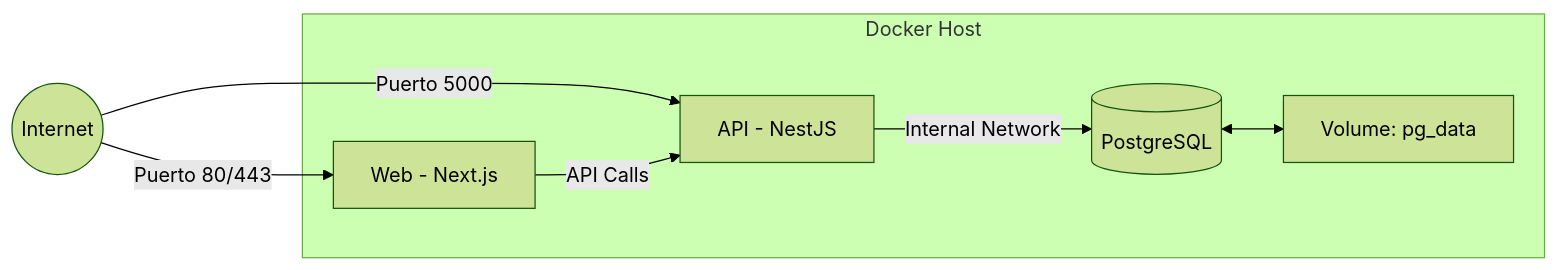
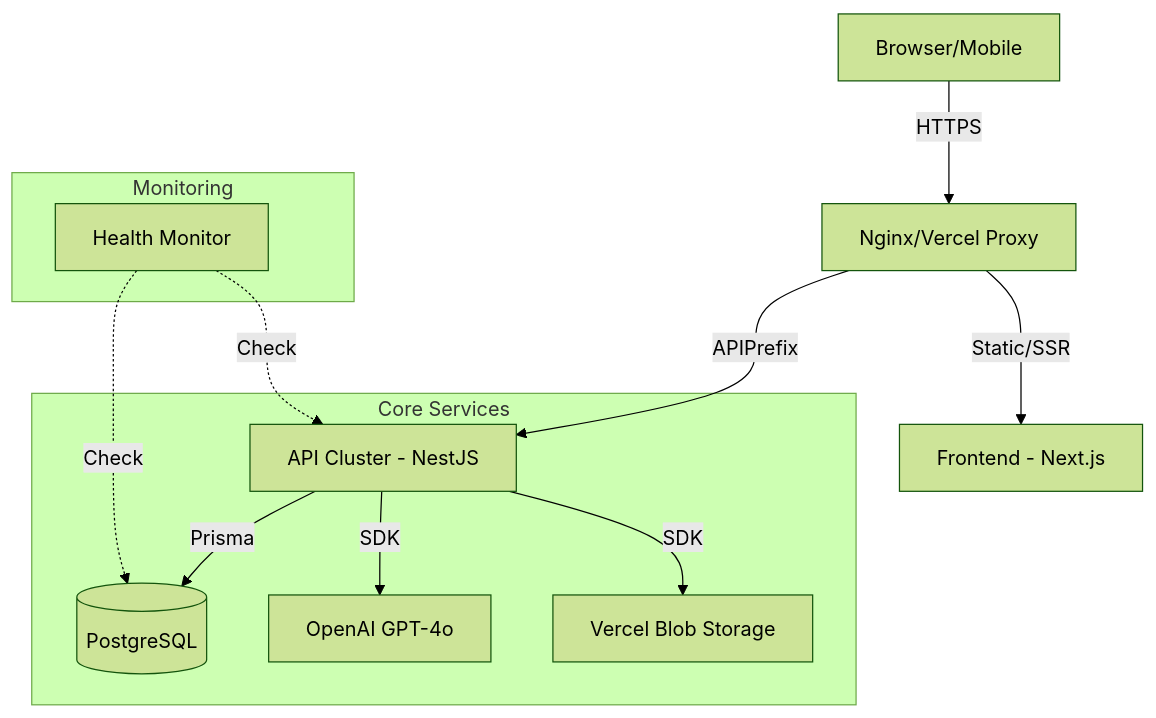
One commit to JorgeDoicela/sistema_practicas_preprofesionales changed the diagram in docs/arquitectura.md. Above: the diagram before and after it, drawn with Mermaid (forest theme). The commit also changed other lines of this file and 6 other files, not shown here.

````diff
--- a/docs/arquitectura.md
+++ b/docs/arquitectura.md
@@ -26,17 +36,17 @@
 ```mermaid
-graph LR
-    Internet((Internet))
+graph TD
+    Client[Browser/Mobile] -->|HTTPS| Proxy[Nginx/Vercel Proxy]
+    Proxy -->|APIPrefix| API[API Cluster - NestJS]
+    Proxy -->|Static/SSR| Web[Frontend - Next.js]
     
-    subgraph "Docker Host"
-        API[API - NestJS]
-        Web[Web - Next.js]
-        DB[(PostgreSQL)]
-        Vol[Volume: pg_data]
+    subgraph "Core Services"
+        API -->|Prisma| DB[(PostgreSQL)]
+        API -->|SDK| AI[OpenAI GPT-4o]
+        API -->|SDK| Blob[Vercel Blob Storage]
     end
     
-    Internet -->|Puerto 80/443| Web
-    Internet -->|Puerto 5000| API
-    Web -->|API Calls| API
-    API -->|Internal Network| DB
-    DB <--> Vol
+    subgraph "Monitoring"
+        Health[Health Monitor] -.->|Check| API
+        Health -.->|Check| DB
+    end
 ```
````
